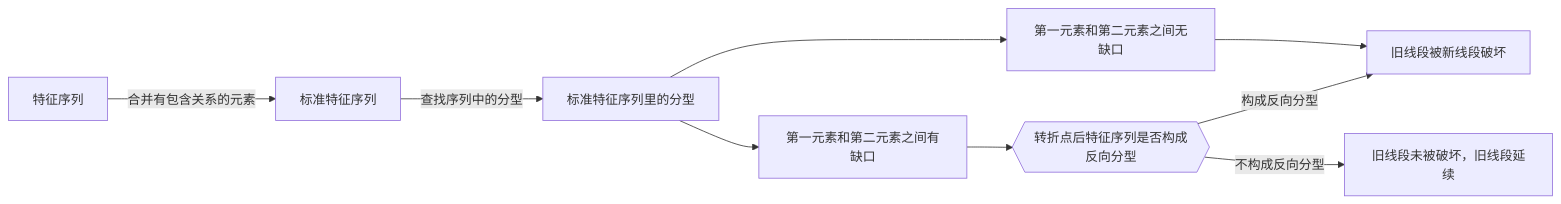
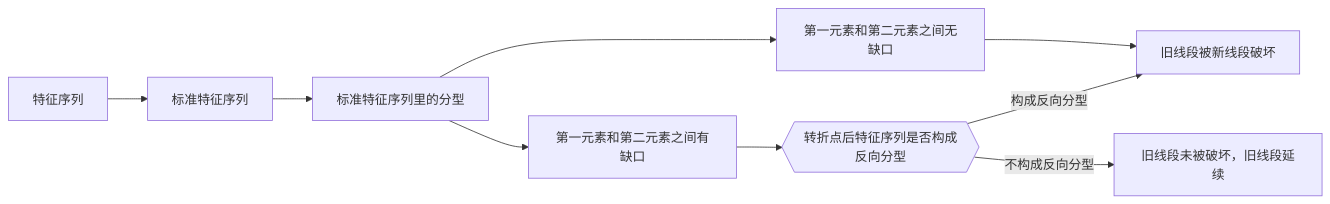
One commit to ellendan000/book-xp changed the diagram in 3-缠论/4-线段.md. Above: the diagram before and after it, drawn with Mermaid. The commit also changed 1 other file, not shown here.

Commit message:
(fix) fix description

````diff
--- a/3-缠论/4-线段.md
+++ b/3-缠论/4-线段.md
@@ -53,9 +53,9 @@
 ```mermaid
 graph LR;
-  A[特征序列] --合并有包含关系的元素--> B[标准特征序列] --查找序列中的分型--> C[标准特征序列里的分型];
+  A[特征序列] --> B[标准特征序列] --> C[标准特征序列里的分型];
   C --> C1[第一元素和第二元素之间无缺口] & C2[第一元素和第二元素之间有缺口];
   C1 --> G[旧线段被新线段破坏];
   C2 --> E{{转折点后特征序列是否构成反向分型}};
   E --构成反向分型--> G;
   E --不构成反向分型--> N[旧线段未被破坏，旧线段延续];
 ```
````
